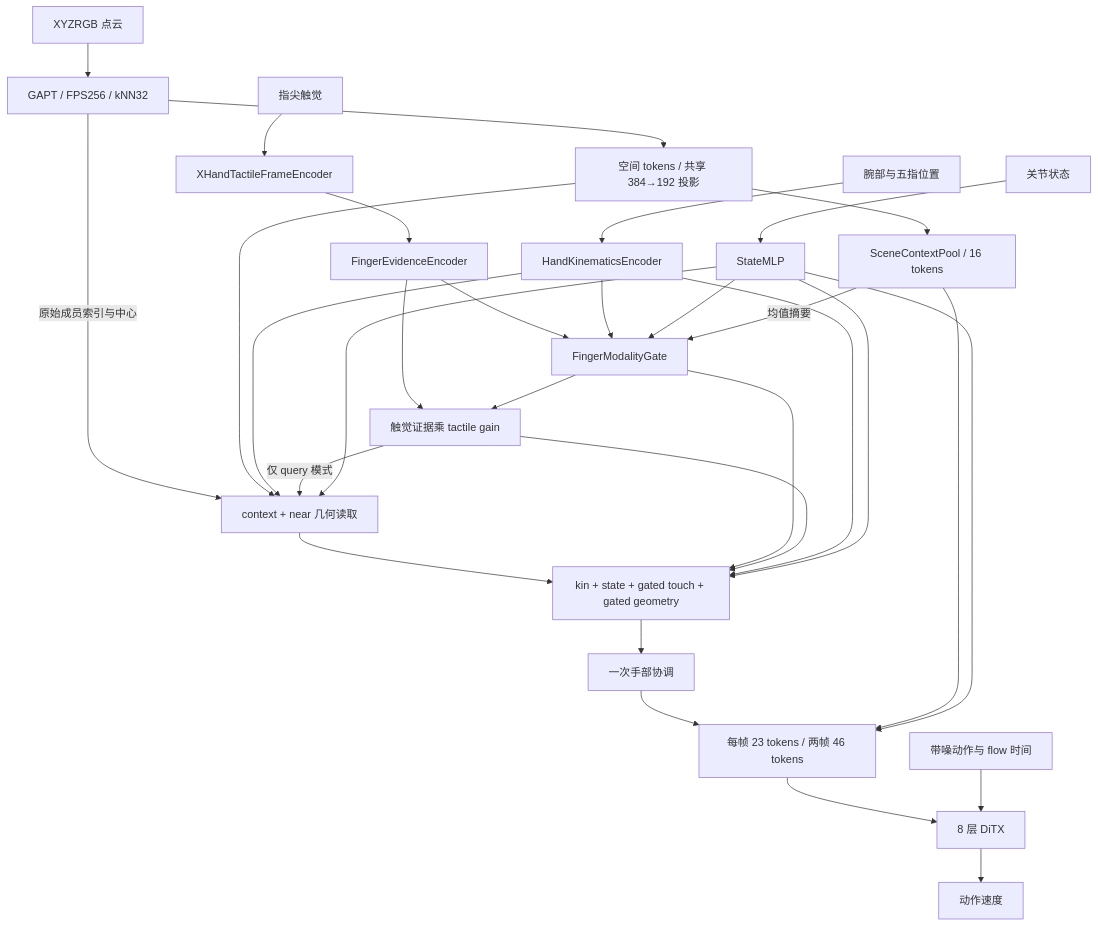
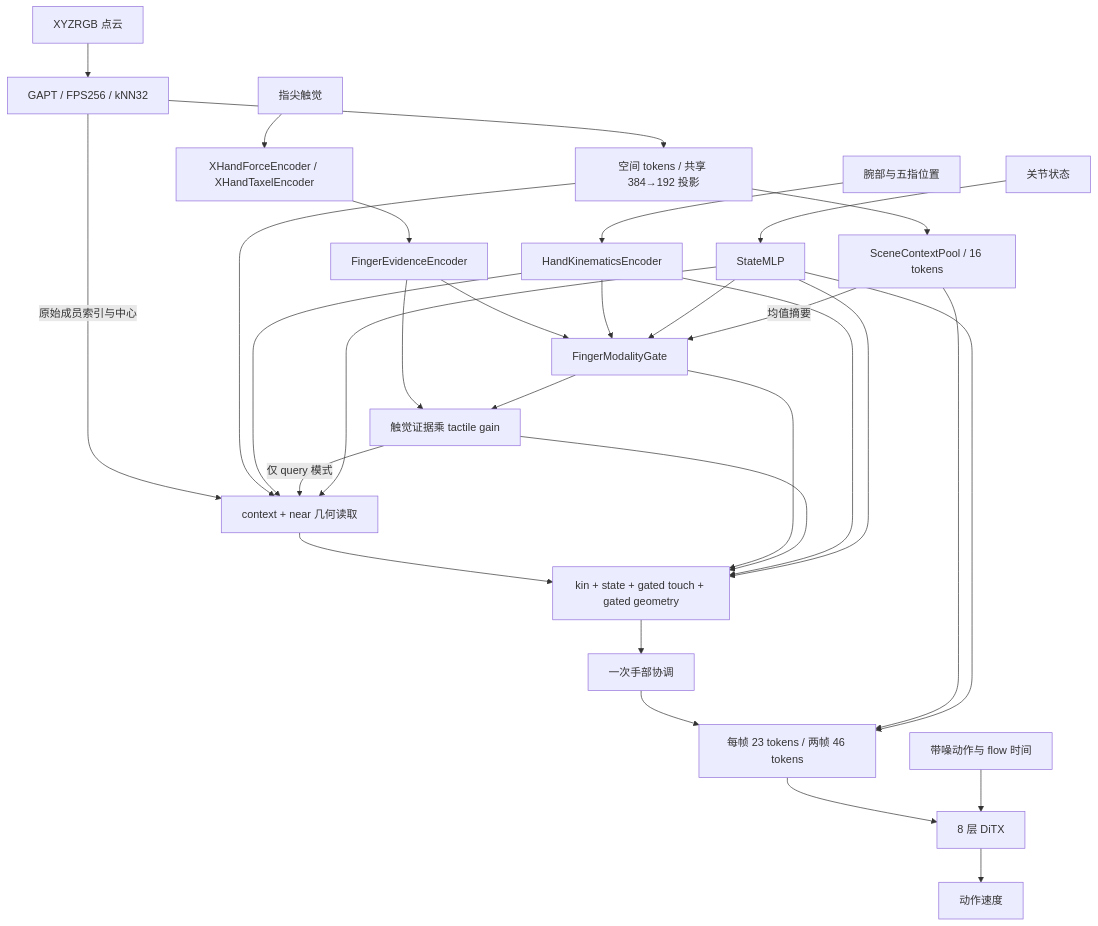
The diagram in docs/interaction_representation.md (haoyangzhanglab/dexmani_policy), drawn with Mermaid before and after one commit. The commit also changed other lines of this file and 6 other files, not shown here.

First line of the commit message:
refactor(tactile): split XHand force and taxel frame encoders

````diff
--- a/docs/interaction_representation.md
+++ b/docs/interaction_representation.md
@@ -82,33 +82,33 @@
 ```mermaid
 flowchart TD
     PC[XYZRGB 点云] --> P[GAPT / FPS256 / kNN32]
     P --> PT[空间 tokens / 共享 384→192 投影]
     P -->|原始成员索引与中心| R[context + near 几何读取]
     K[腕部与五指位置] --> H[HandKinematicsEncoder]
-    T[指尖触觉] --> TF[XHandTactileFrameEncoder]
+    T[指尖触觉] --> TF[XHandForceEncoder / XHandTaxelEncoder]
     TF --> E[FingerEvidenceEncoder]
     Q[关节状态] --> S[StateMLP]
     PT --> R
     H --> R
     E --> G[FingerModalityGate]
     H --> G
     S --> G
     SC -->|均值摘要| G
     E --> GE[触觉证据乘 tactile gain]
     G --> GE
     GE -->|仅 query 模式| R
     S --> R
     PT --> SC[SceneContextPool / 16 tokens]
     R --> F[kin + state + gated touch + gated geometry]
     G --> F
     GE --> F
     H --> F
     S --> F
     F --> C[一次手部协调]
     C --> O[每帧 23 tokens / 两帧 46 tokens]
     SC --> O
     S --> O
     O --> D[8 层 DiTX]
     A[带噪动作与 flow 时间] --> D
     D --> V[动作速度]
 ```
````
